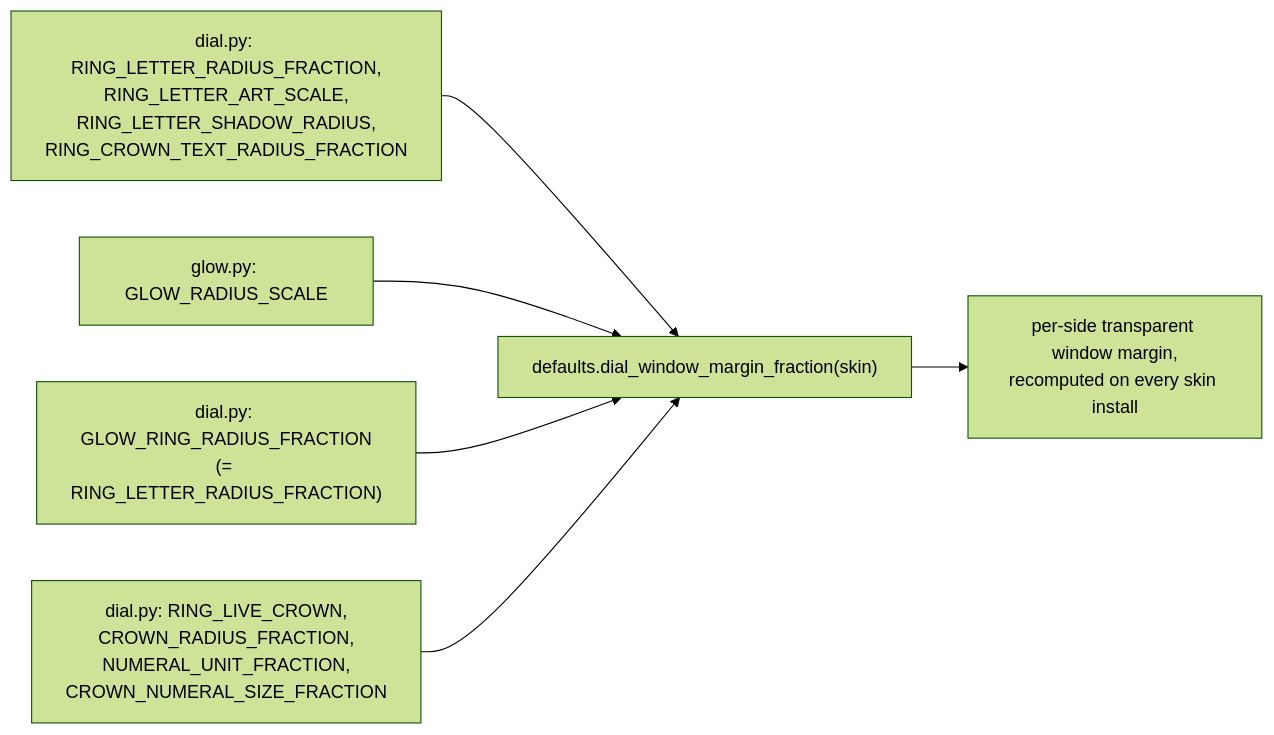
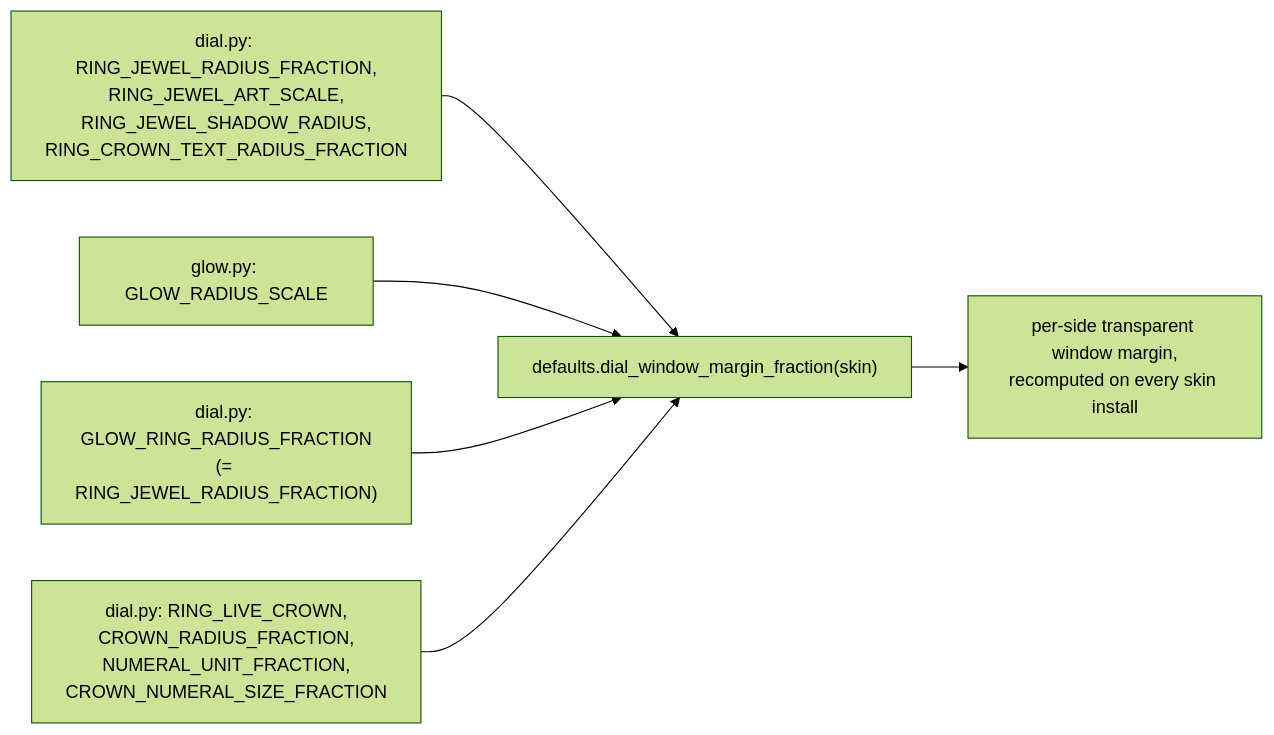
The diagram in config/__flow/dial.md (UVuruna/Watch-Academy), drawn with Mermaid (forest theme) before and after one commit. The commit also changed other lines of this file and 26 other files, not shown here.

````diff
--- a/config/__flow/dial.md
+++ b/config/__flow/dial.md
@@ -40,8 +40,8 @@
 ```mermaid
 flowchart LR
-    A[dial.py: RING_LETTER_RADIUS_FRACTION,\nRING_LETTER_ART_SCALE,\nRING_LETTER_SHADOW_RADIUS,\nRING_CROWN_TEXT_RADIUS_FRACTION] --> D["defaults.dial_window_margin_fraction(skin)"]
+    A[dial.py: RING_JEWEL_RADIUS_FRACTION,\nRING_JEWEL_ART_SCALE,\nRING_JEWEL_SHADOW_RADIUS,\nRING_CROWN_TEXT_RADIUS_FRACTION] --> D["defaults.dial_window_margin_fraction(skin)"]
     B[glow.py: GLOW_RADIUS_SCALE] --> D
-    C["dial.py: GLOW_RING_RADIUS_FRACTION\n(= RING_LETTER_RADIUS_FRACTION)"] --> D
+    C["dial.py: GLOW_RING_RADIUS_FRACTION\n(= RING_JEWEL_RADIUS_FRACTION)"] --> D
     F["dial.py: RING_LIVE_CROWN,\nCROWN_RADIUS_FRACTION,\nNUMERAL_UNIT_FRACTION,\nCROWN_NUMERAL_SIZE_FRACTION"] --> D
     D --> E[per-side transparent window margin,\nrecomputed on every skin install]
 ```
````
